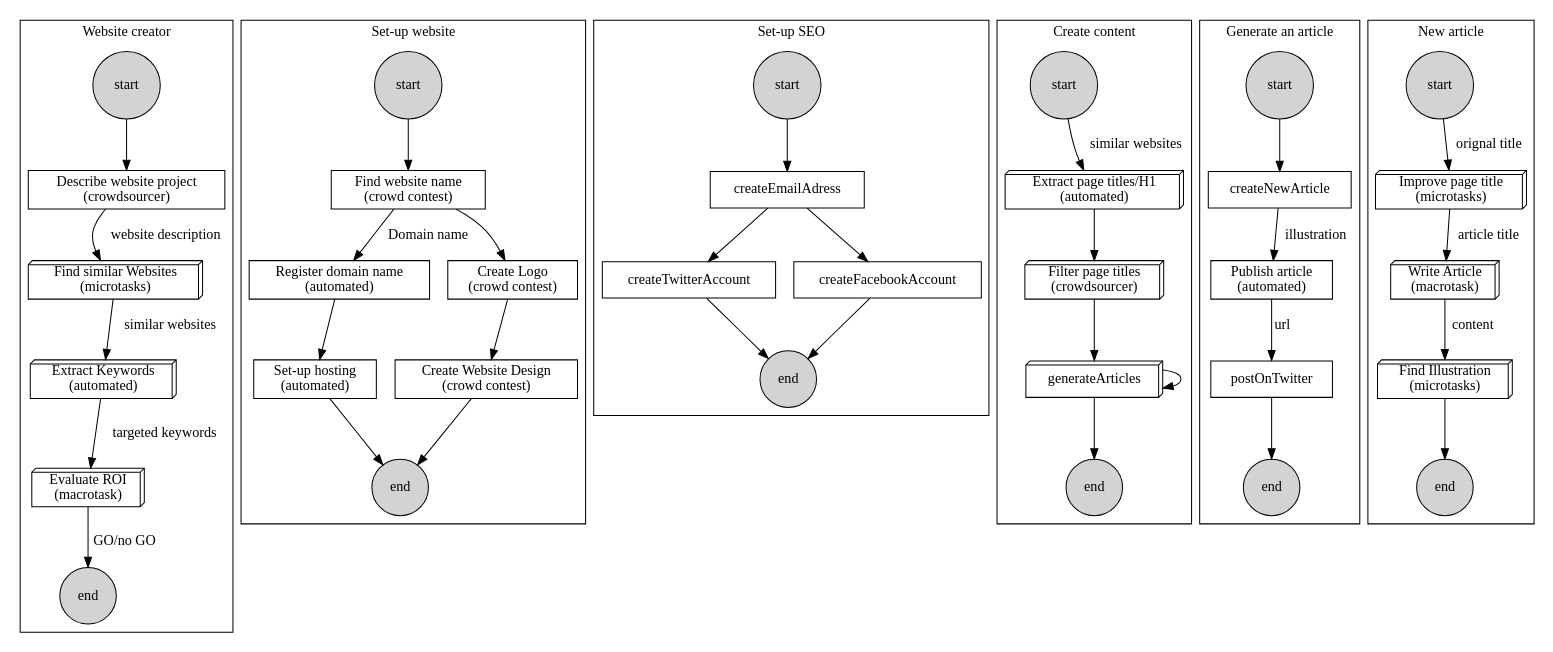
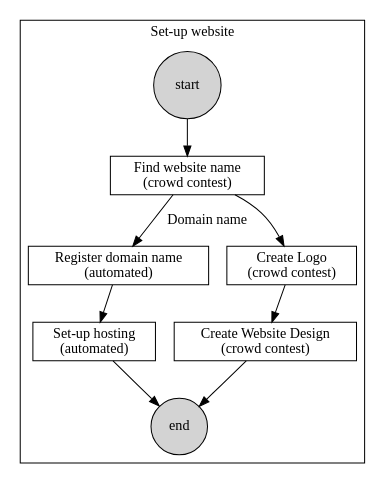
One commit to ericabouaf/humantask_server changed the diagram in examples/website-creator/website-creator.dot. Above: the diagram before and after it, drawn with Graphviz. The commit also changed 16 other files, not shown here.

```diff
--- a/examples/website-creator/website-creator.dot
+++ b/examples/website-creator/website-creator.dot
@@ -1,124 +1,34 @@
 
 # rm website-creator.png && dot website-creator.dot -Tpng > website-creator.png
 
-digraph G { 
+digraph G {
 
     node[shape="box"];
 
-    subgraph cluster0 {
+    subgraph cluster1 {
 
-        #node [style=filled];
-        label = "Website creator";
-
-        # nodes
-        start [shape=circle,style=filled];
-        describeWebsiteProject [label="Describe website project\n(crowdsourcer)"];
-        findSimilarWebsites [shape=box3d,label="Find similar Websites\n(microtasks)"];
-        extractKeywords [shape=box3d,label="Extract Keywords\n(automated)"];
-        evaluateROI [shape=box3d,label="Evaluate ROI\n(macrotask)"];
-        end [shape=circle,style=filled,label="end"];
-
-        # Website creator links
-        start -> describeWebsiteProject;
-        describeWebsiteProject -> findSimilarWebsites [label="website description"];
-        findSimilarWebsites -> extractKeywords [label="similar websites"];
-        extractKeywords -> evaluateROI [label="targeted keywords"];
-        evaluateROI -> end [label="GO/no GO"];
-    }
-
-    subgraph cluster1 {
-        
         label = "Set-up website";
 
         startSetup [shape=circle,style=filled,label="start"];
         findName [label="Find website name\n(crowd contest)"];
         registerDomain [label="Register domain name\n(automated)"];
         createLogo [label="Create Logo\n(crowd contest)"];
         createWebsiteDesign [label="Create Website Design\n(crowd contest)"];
         hosting [label="Set-up hosting\n(automated)"];
         endSetup [shape=circle,style=filled,label="end"];
 
         # Set-up website links
         startSetup -> findName;
         findName -> createLogo;
         findName -> registerDomain [label="Domain name"];
         registerDomain -> hosting;
         hosting -> endSetup;
         createLogo -> createWebsiteDesign;
         createWebsiteDesign -> endSetup;
 
     }
 
-    subgraph cluster11 {
-        
-        label = "Set-up SEO";
-
-        startSeo [shape=circle,style=filled,label="start"];
-        
-        #hosting [shape=box,label="Set-up hosting\n(automated)"];
-        endSeo [shape=circle,style=filled,label="end"];
-
-        # Set-up website links
-        startSeo -> createEmailAdress;
-        createEmailAdress -> createTwitterAccount;
-        createEmailAdress -> createFacebookAccount;
-
-        createTwitterAccount -> endSeo;
-        createFacebookAccount -> endSeo;
-    }
 
 
-    subgraph cluster2 {
 
-        label = "Create content";
-
-        startContent [shape=circle,style=filled,label="start"];
-        extractPageTitles [shape=box3d,label="Extract page titles/H1\n(automated)"];
-        filterPageTitles [shape=box3d,label="Filter page titles\n(crowdsourcer)"];
-        generateArticles [shape=box3d];
-        endContent [shape=circle,style=filled,label="end"];
-
-        # Create content links
-        startContent -> extractPageTitles [label="similar websites"];
-        extractPageTitles -> filterPageTitles;
-        filterPageTitles -> generateArticles;
-        generateArticles -> generateArticles;
-        generateArticles -> endContent;
-    }
-
-
-    subgraph cluster3 {
-
-        label = "Generate an article";
-
-        genArticle [shape=circle,style=filled,label="start"];
-        createNewArticle;
-        publishArticle [label="Publish article\n(automated)"];
-        endArticle [shape=circle,style=filled,label="end"];
-
-        genArticle -> createNewArticle;
-        createNewArticle -> publishArticle [label="illustration"];
-        publishArticle -> postOnTwitter [label="url"];
-        postOnTwitter -> endArticle;
-
-    }
-
-
-    subgraph cluster4 {
-
-        label = "New article";
-
-        newArticle [shape=circle,style=filled,label="start"];
-        improvePageTitles [shape=box3d,label="Improve page title\n(microtasks)"];
-        writeArticle  [shape=box3d,label="Write Article\n(macrotask)"];
-        findIllustrationForArticle [shape=box3d,label="Find Illustration\n(microtasks)"];
-        endNewArticle [shape=circle,style=filled,label="end"];
-
-        newArticle -> improvePageTitles [label="orignal title"];
-        improvePageTitles -> writeArticle [label="article title"];
-        writeArticle -> findIllustrationForArticle [label="content"];
-        findIllustrationForArticle -> endNewArticle;
-
-    }
-
-} 
+}
```
